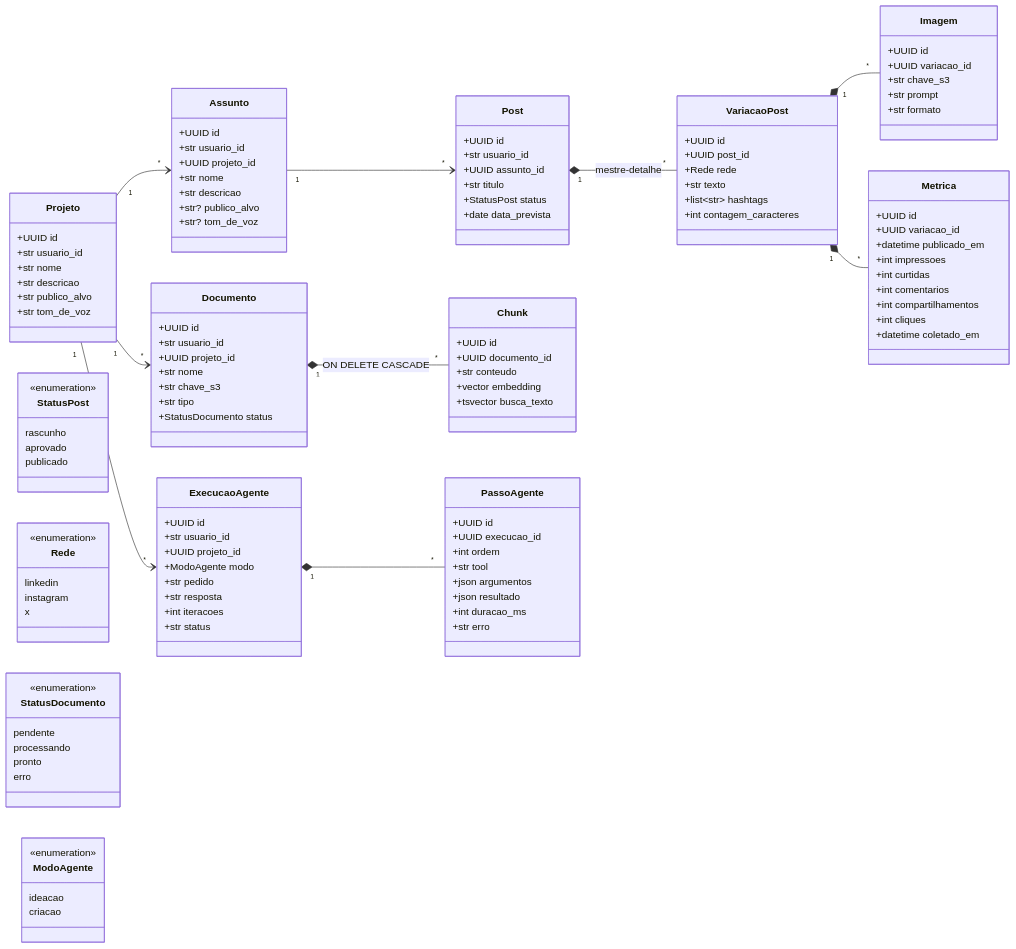
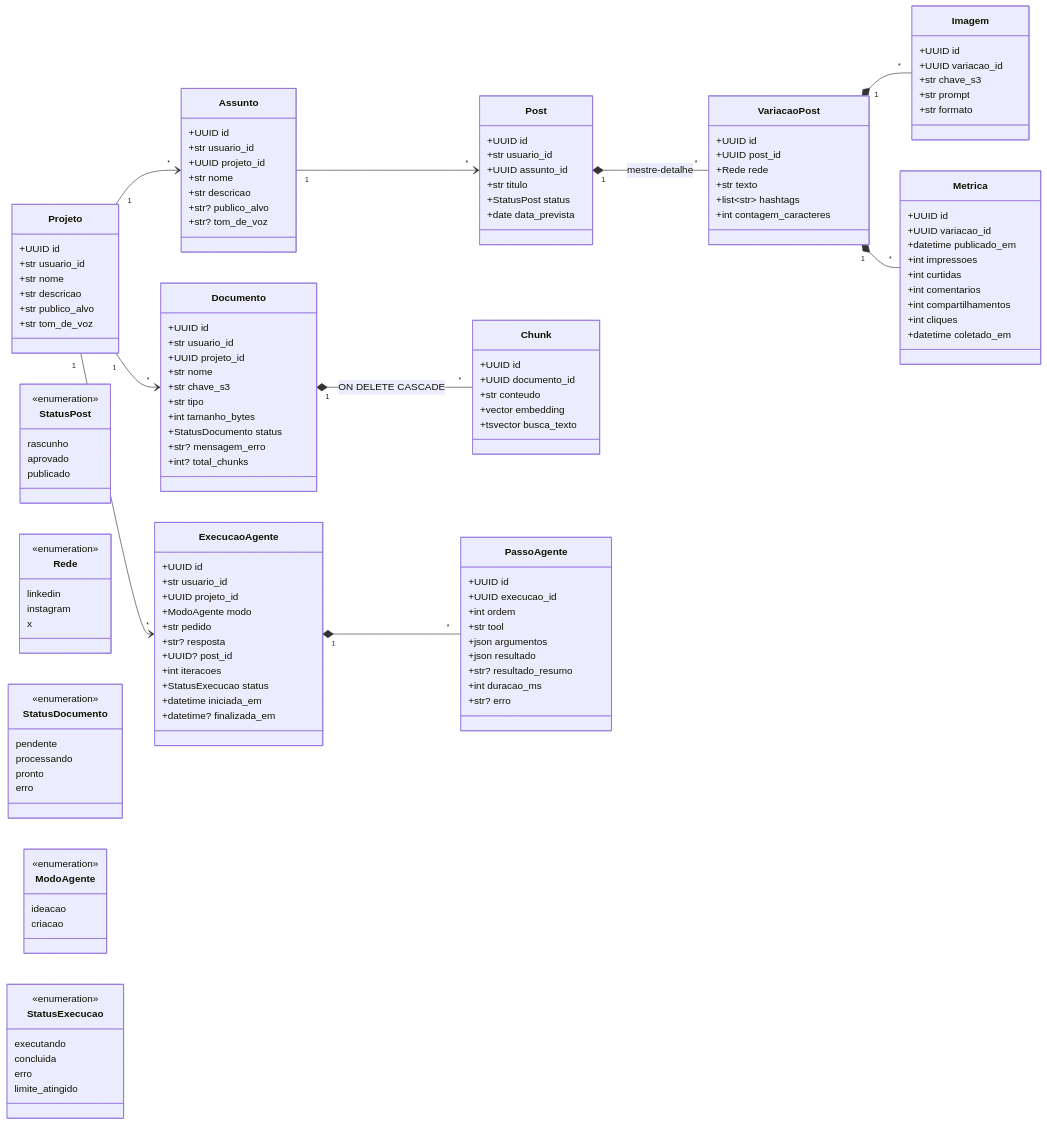
One commit to JonasRocha189/tcc-puc-post-generator-ai changed the diagram in docs/modelo-de-dados.md. Above: the diagram before and after it, drawn with Mermaid. The commit also changed other lines of this file and 29 other files, not shown here.

```diff
--- a/docs/modelo-de-dados.md
+++ b/docs/modelo-de-dados.md
@@ -76,7 +76,10 @@
         +str nome
         +str chave_s3
         +str tipo
+        +int tamanho_bytes
         +StatusDocumento status
+        +str? mensagem_erro
+        +int? total_chunks
     }
 
     class Chunk {
@@ -93,9 +96,12 @@
         +UUID projeto_id
         +ModoAgente modo
         +str pedido
-        +str resposta
+        +str? resposta
+        +UUID? post_id
         +int iteracoes
-        +str status
+        +StatusExecucao status
+        +datetime iniciada_em
+        +datetime? finalizada_em
     }
 
     class PassoAgente {
@@ -105,8 +111,9 @@
         +str tool
         +json argumentos
         +json resultado
+        +str? resultado_resumo
         +int duracao_ms
-        +str erro
+        +str? erro
     }
 
     class StatusPost {
@@ -137,6 +144,14 @@
         criacao
     }
 
+    class StatusExecucao {
+        <<enumeration>>
+        executando
+        concluida
+        erro
+        limite_atingido
+    }
+
     Projeto "1" --> "*" Assunto
     Projeto "1" --> "*" Documento
     Projeto "1" --> "*" ExecucaoAgente
```
